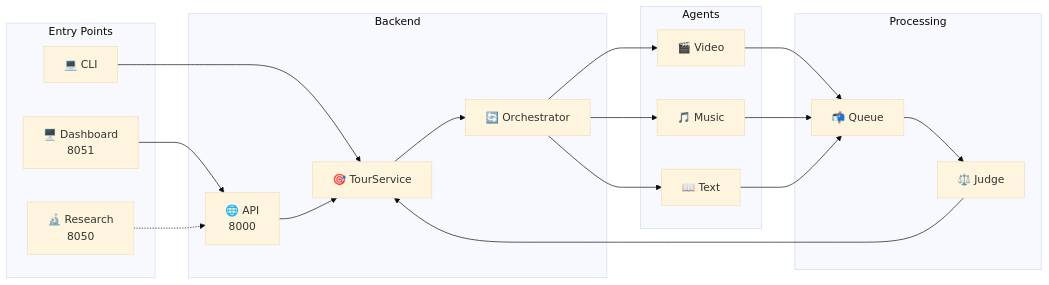
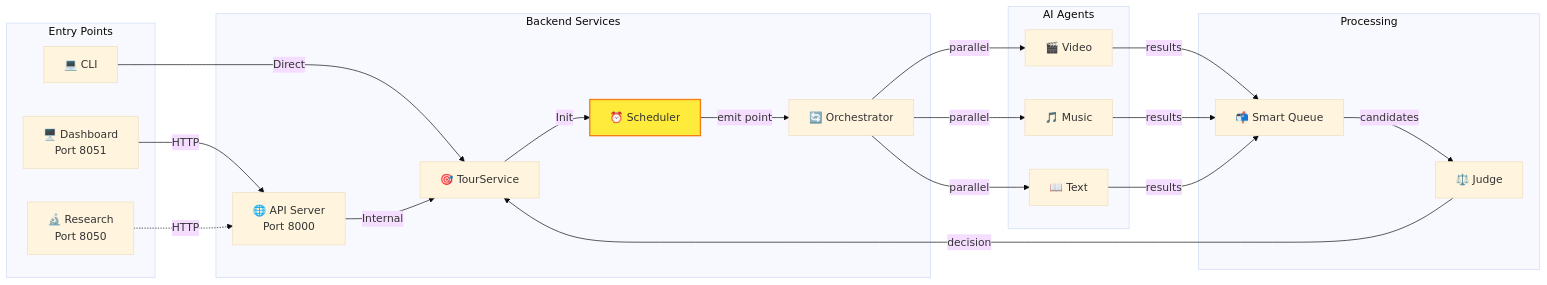
One commit to fouada/Assignment4-multi-agent-tour-guide-parallel changed the eighth of 8 diagrams in README.md. Above: the diagram before and after it, drawn with Mermaid (base theme). The commit also changed other lines of this file and 1 other file, not shown here.

````diff
--- a/README.md
+++ b/README.md
@@ -1092,35 +1309,39 @@
 ```mermaid
 graph LR
     subgraph "Entry Points"
-        D[🖥️ Dashboard<br/>8051]
-        R[🔬 Research<br/>8050]
-        C[💻 CLI]
+        D["🖥️ Dashboard<br/>Port 8051"]
+        R["🔬 Research<br/>Port 8050"]
+        C["💻 CLI"]
     end
     
-    subgraph "Backend"
-        A[🌐 API<br/>8000]
-        T[🎯 TourService]
-        O[🔄 Orchestrator]
+    subgraph "Backend Services"
+        A["🌐 API Server<br/>Port 8000"]
+        T["🎯 TourService"]
+        S["⏰ Scheduler"]
+        O["🔄 Orchestrator"]
     end
     
-    subgraph "Agents"
-        V[🎬 Video]
-        M[🎵 Music]
-        X[📖 Text]
+    subgraph "AI Agents"
+        V["🎬 Video"]
+        M["🎵 Music"]
+        X["📖 Text"]
     end
     
     subgraph "Processing"
-        Q[📬 Queue]
-        J[⚖️ Judge]
+        Q["📬 Smart Queue"]
+        J["⚖️ Judge"]
     end
     
-    D --> A
-    R -.-> A
-    C --> T
-    A --> T
-    T --> O
-    O --> V & M & X
-    V & M & X --> Q
-    Q --> J
-    J --> T
+    D -->|HTTP| A
+    R -.->|HTTP| A
+    C -->|Direct| T
+    A -->|Internal| T
+    T -->|Init| S
+    S -->|emit point| O
+    O -->|parallel| V & M & X
+    V & M & X -->|results| Q
+    Q -->|candidates| J
+    J -->|decision| T
+    
+    style S fill:#ffeb3b,stroke:#f57f17,stroke-width:2px
 ```
````
